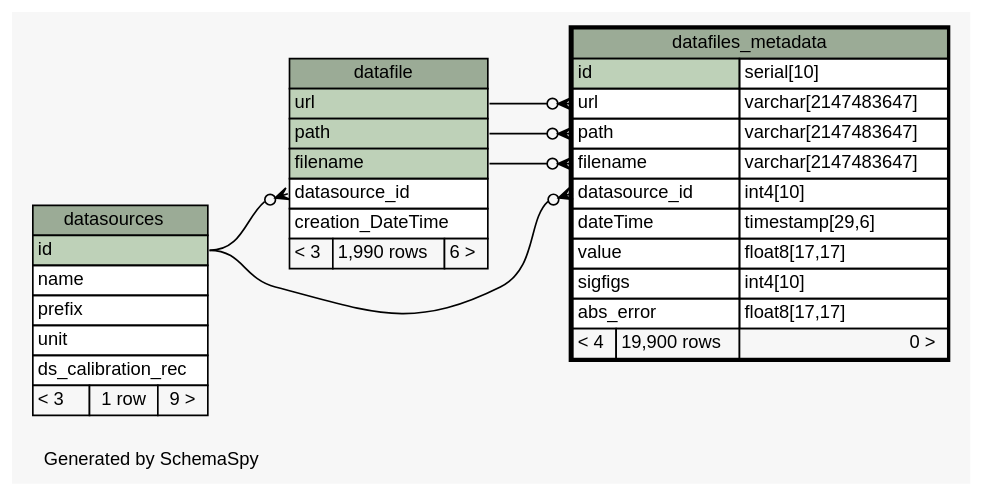
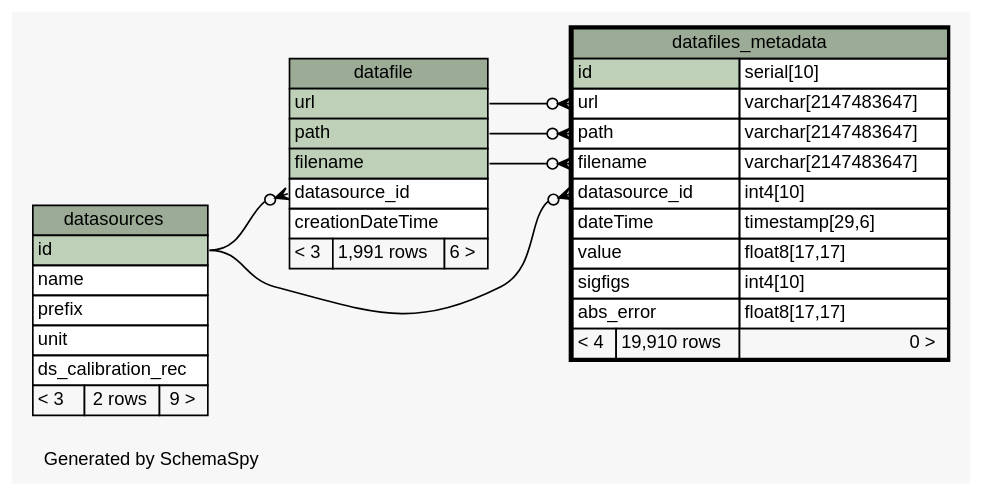
One commit to tgbugs/mlab changed the diagram in database/ss/diagrams/datafiles_metadata.1degree.dot. Above: the diagram before and after it, drawn with Graphviz. The commit also changed 221 other files, not shown here.

```diff
--- a/database/ss/diagrams/datafiles_metadata.1degree.dot
+++ b/database/ss/diagrams/datafiles_metadata.1degree.dot
@@ -1,73 +1,73 @@
 // dot 2.34.0 on Windows 7 6.1
 // SchemaSpy rev 590
 digraph "oneDegreeRelationshipsDiagram" {
   graph [
     rankdir="RL"
     bgcolor="#f7f7f7"
     label="\nGenerated by SchemaSpy"
     labeljust="l"
     nodesep="0.18"
     ranksep="0.46"
     fontname="Helvetica"
     fontsize="11"
   ];
   node [
     fontname="Helvetica"
     fontsize="11"
     shape="plaintext"
   ];
   edge [
     arrowsize="0.8"
   ];
   "datafile":"datasource_id":w -> "datasources":"id":e [arrowhead=none dir=back arrowtail=crowodot];
   "datafiles_metadata":"datasource_id":w -> "datasources":"id":e [arrowhead=none dir=back arrowtail=crowodot];
   "datafiles_metadata":"filename":w -> "datafile":"filename":e [arrowhead=none dir=back arrowtail=crowodot];
   "datafiles_metadata":"path":w -> "datafile":"path":e [arrowhead=none dir=back arrowtail=crowodot];
   "datafiles_metadata":"url":w -> "datafile":"url":e [arrowhead=none dir=back arrowtail=crowodot];
   "datafile" [
     label=<
     <TABLE BORDER="0" CELLBORDER="1" CELLSPACING="0" BGCOLOR="#ffffff">
       <TR><TD COLSPAN="3" BGCOLOR="#9bab96" ALIGN="CENTER">datafile</TD></TR>
       <TR><TD PORT="url" COLSPAN="3" BGCOLOR="#bed1b8" ALIGN="LEFT">url</TD></TR>
       <TR><TD PORT="path" COLSPAN="3" BGCOLOR="#bed1b8" ALIGN="LEFT">path</TD></TR>
       <TR><TD PORT="filename" COLSPAN="3" BGCOLOR="#bed1b8" ALIGN="LEFT">filename</TD></TR>
       <TR><TD PORT="datasource_id" COLSPAN="3" ALIGN="LEFT">datasource_id</TD></TR>
-      <TR><TD PORT="creation_DateTime" COLSPAN="3" ALIGN="LEFT">creation_DateTime</TD></TR>
-      <TR><TD ALIGN="LEFT" BGCOLOR="#f7f7f7">&lt; 3</TD><TD ALIGN="RIGHT" BGCOLOR="#f7f7f7">1,990 rows</TD><TD ALIGN="RIGHT" BGCOLOR="#f7f7f7">6 &gt;</TD></TR>
+      <TR><TD PORT="creationDateTime" COLSPAN="3" ALIGN="LEFT">creationDateTime</TD></TR>
+      <TR><TD ALIGN="LEFT" BGCOLOR="#f7f7f7">&lt; 3</TD><TD ALIGN="RIGHT" BGCOLOR="#f7f7f7">1,991 rows</TD><TD ALIGN="RIGHT" BGCOLOR="#f7f7f7">6 &gt;</TD></TR>
     </TABLE>>
     URL="datafile.html"
     tooltip="datafile"
   ];
   "datafiles_metadata" [
     label=<
     <TABLE BORDER="2" CELLBORDER="1" CELLSPACING="0" BGCOLOR="#ffffff">
       <TR><TD COLSPAN="3" BGCOLOR="#9bab96" ALIGN="CENTER">datafiles_metadata</TD></TR>
       <TR><TD PORT="id" COLSPAN="2" BGCOLOR="#bed1b8" ALIGN="LEFT">id</TD><TD PORT="id.type" ALIGN="LEFT">serial[10]</TD></TR>
       <TR><TD PORT="url" COLSPAN="2" ALIGN="LEFT">url</TD><TD PORT="url.type" ALIGN="LEFT">varchar[2147483647]</TD></TR>
       <TR><TD PORT="path" COLSPAN="2" ALIGN="LEFT">path</TD><TD PORT="path.type" ALIGN="LEFT">varchar[2147483647]</TD></TR>
       <TR><TD PORT="filename" COLSPAN="2" ALIGN="LEFT">filename</TD><TD PORT="filename.type" ALIGN="LEFT">varchar[2147483647]</TD></TR>
       <TR><TD PORT="datasource_id" COLSPAN="2" ALIGN="LEFT">datasource_id</TD><TD PORT="datasource_id.type" ALIGN="LEFT">int4[10]</TD></TR>
       <TR><TD PORT="dateTime" COLSPAN="2" ALIGN="LEFT">dateTime</TD><TD PORT="dateTime.type" ALIGN="LEFT">timestamp[29,6]</TD></TR>
       <TR><TD PORT="value" COLSPAN="2" ALIGN="LEFT">value</TD><TD PORT="value.type" ALIGN="LEFT">float8[17,17]</TD></TR>
       <TR><TD PORT="sigfigs" COLSPAN="2" ALIGN="LEFT">sigfigs</TD><TD PORT="sigfigs.type" ALIGN="LEFT">int4[10]</TD></TR>
       <TR><TD PORT="abs_error" COLSPAN="2" ALIGN="LEFT">abs_error</TD><TD PORT="abs_error.type" ALIGN="LEFT">float8[17,17]</TD></TR>
-      <TR><TD ALIGN="LEFT" BGCOLOR="#f7f7f7">&lt; 4</TD><TD ALIGN="RIGHT" BGCOLOR="#f7f7f7">19,900 rows</TD><TD ALIGN="RIGHT" BGCOLOR="#f7f7f7">0 &gt;</TD></TR>
+      <TR><TD ALIGN="LEFT" BGCOLOR="#f7f7f7">&lt; 4</TD><TD ALIGN="RIGHT" BGCOLOR="#f7f7f7">19,910 rows</TD><TD ALIGN="RIGHT" BGCOLOR="#f7f7f7">0 &gt;</TD></TR>
     </TABLE>>
     URL="datafiles_metadata.html"
     tooltip="datafiles_metadata"
   ];
   "datasources" [
     label=<
     <TABLE BORDER="0" CELLBORDER="1" CELLSPACING="0" BGCOLOR="#ffffff">
       <TR><TD COLSPAN="3" BGCOLOR="#9bab96" ALIGN="CENTER">datasources</TD></TR>
       <TR><TD PORT="id" COLSPAN="3" BGCOLOR="#bed1b8" ALIGN="LEFT">id</TD></TR>
       <TR><TD PORT="name" COLSPAN="3" ALIGN="LEFT">name</TD></TR>
       <TR><TD PORT="prefix" COLSPAN="3" ALIGN="LEFT">prefix</TD></TR>
       <TR><TD PORT="unit" COLSPAN="3" ALIGN="LEFT">unit</TD></TR>
       <TR><TD PORT="ds_calibration_rec" COLSPAN="3" ALIGN="LEFT">ds_calibration_rec</TD></TR>
-      <TR><TD ALIGN="LEFT" BGCOLOR="#f7f7f7">&lt; 3</TD><TD ALIGN="RIGHT" BGCOLOR="#f7f7f7">1 row</TD><TD ALIGN="RIGHT" BGCOLOR="#f7f7f7">9 &gt;</TD></TR>
+      <TR><TD ALIGN="LEFT" BGCOLOR="#f7f7f7">&lt; 3</TD><TD ALIGN="RIGHT" BGCOLOR="#f7f7f7">2 rows</TD><TD ALIGN="RIGHT" BGCOLOR="#f7f7f7">9 &gt;</TD></TR>
     </TABLE>>
     URL="datasources.html"
     tooltip="datasources"
   ];
 }
```
